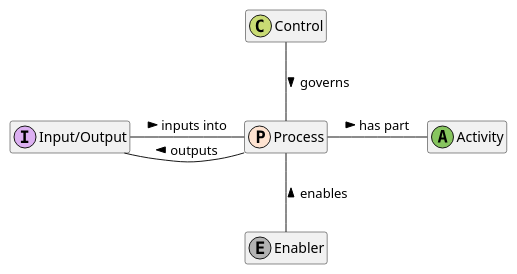
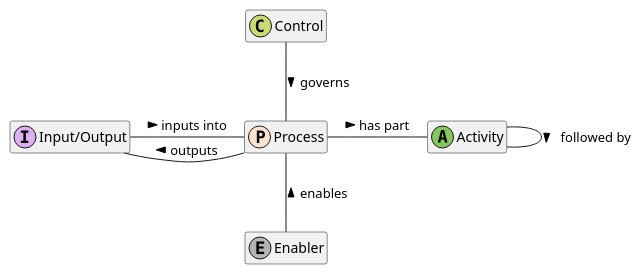
The diagram in ontology.puml (johnwelford/incoseHandbookModel), drawn with PlantUML before and after one commit.

Commit message:
Update ontology.puml
Added link between activities

```diff
--- a/ontology.puml
+++ b/ontology.puml
@@ -1,25 +1,26 @@
 @startuml
 'title INCOSE Handbook Ontology
 
 'scale 1000 width
 'skinparam packageStyle frame
 'skinparam linetype polyline
 'top to bottom direction
 hide empty members
 'hide circle
 'hide stereotype 
 
 ' spare colours from the palette... #9EB9F3,#F6CF71,#66C5CC,#B497E7,#D3B484,#8BE0A4
 
 class enabler as "Enabler" << (E,#B3B3B3) >> 
 class control as "Control"<< (C,#C9DB74) >>
 class io as "Input/Output" << (I,#DCB0F2) >>
 class activity as "Activity" << (A,#87C55F) >>
 class process as "Process" << (P,#FEE3D1) >>
 
 io - process : inputs into >
 process -- io : outputs >
 process - activity : has part >
 control -- process : governs >
 process -- enabler : enables <
+activity - activity : followed by >
 @enduml
```
